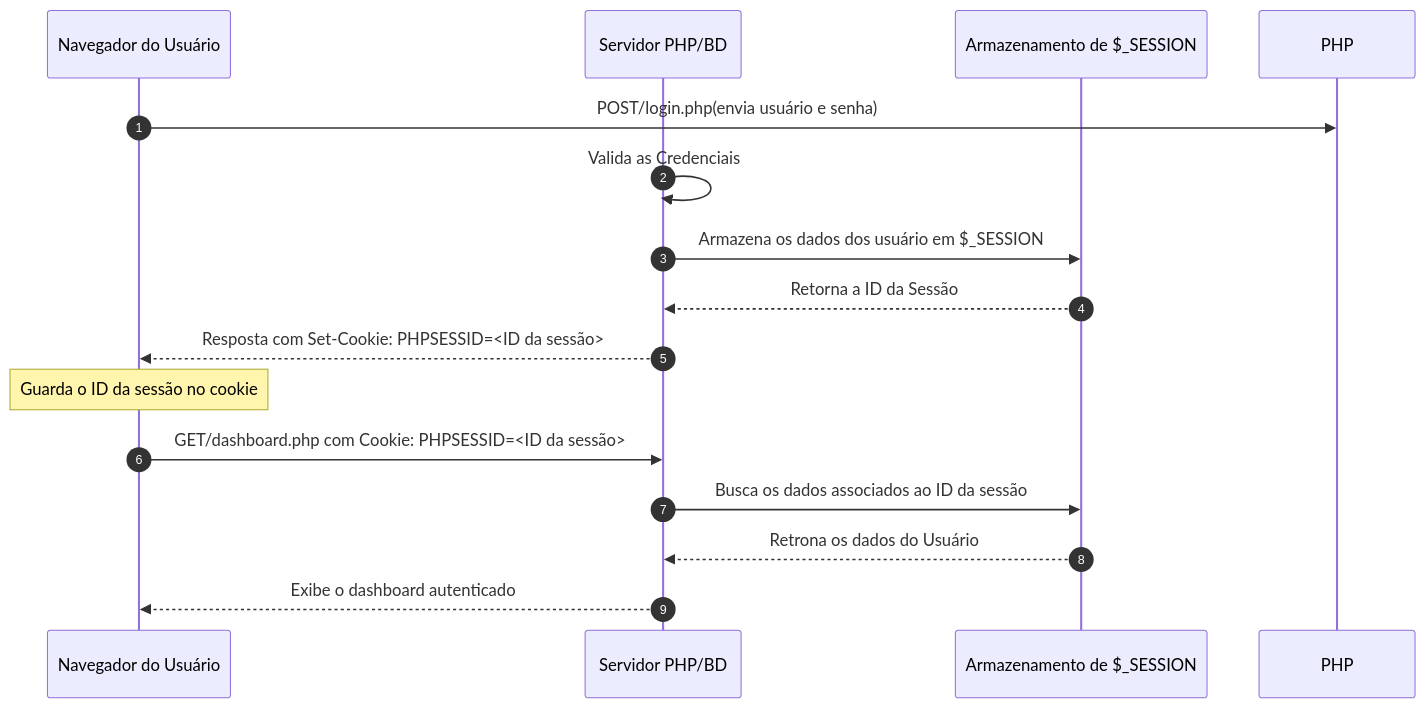
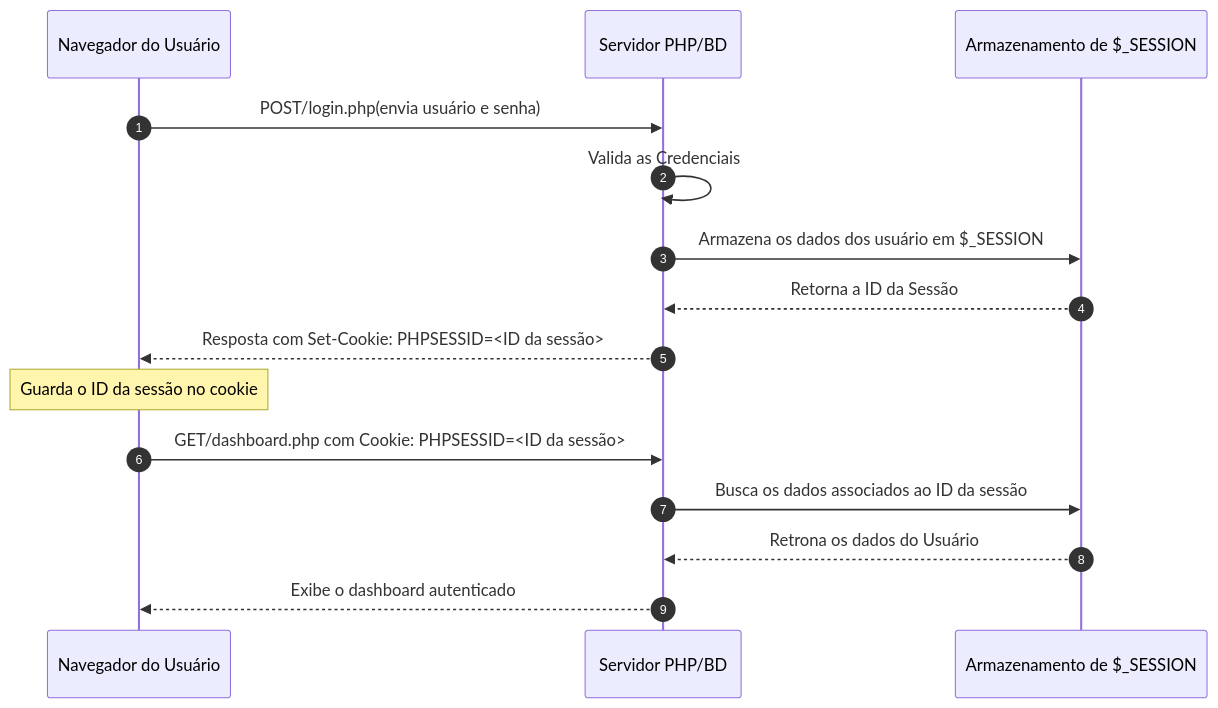
One commit to Victor3621/backend changed diagram 16 of 29 in README.md. Above: the diagram before and after it, drawn with Mermaid. The commit also changed other lines of this file and 87 other files, not shown here.

````diff
--- a/README.md
+++ b/README.md
@@ -1415,19 +1493,19 @@
 ```mermaid
 sequenceDiagram
     autonumber
     participant Navegador as Navegador do Usuário
     participant Servidor as Servidor PHP/BD
     participant Sessao as Armazenamento de $_SESSION
 
-    Navegador->>PHP: POST/login.php(envia usuário e senha)
+    Navegador->>Servidor: POST/login.php(envia usuário e senha)
     Servidor->> Servidor: Valida as Credenciais
     Servidor->>Sessao: Armazena os dados dos usuário em $_SESSION
     Sessao-->>Servidor: Retorna a ID da Sessão
     Servidor-->>Navegador: Resposta com Set-Cookie: PHPSESSID=<ID da sessão>
     Note over Navegador: Guarda o ID da sessão no cookie
 
     Navegador->>Servidor: GET/dashboard.php com Cookie: PHPSESSID=<ID da sessão>
     Servidor->>Sessao: Busca os dados associados ao ID da sessão
     Sessao-->> Servidor: Retrona os dados do Usuário
     Servidor-->>Navegador: Exibe o dashboard autenticado
 ```
````
